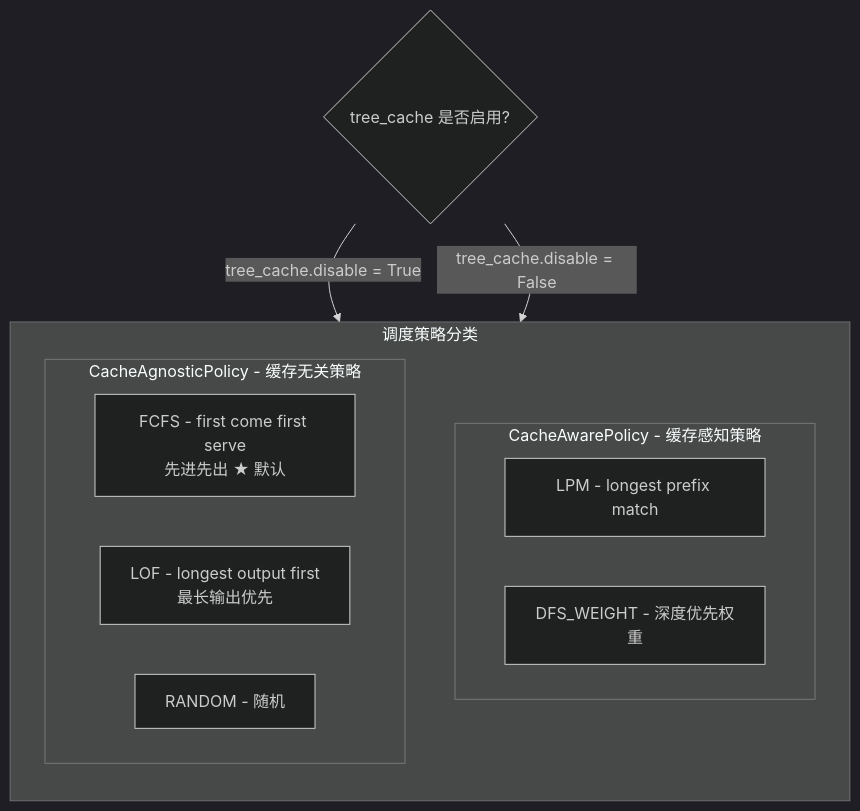
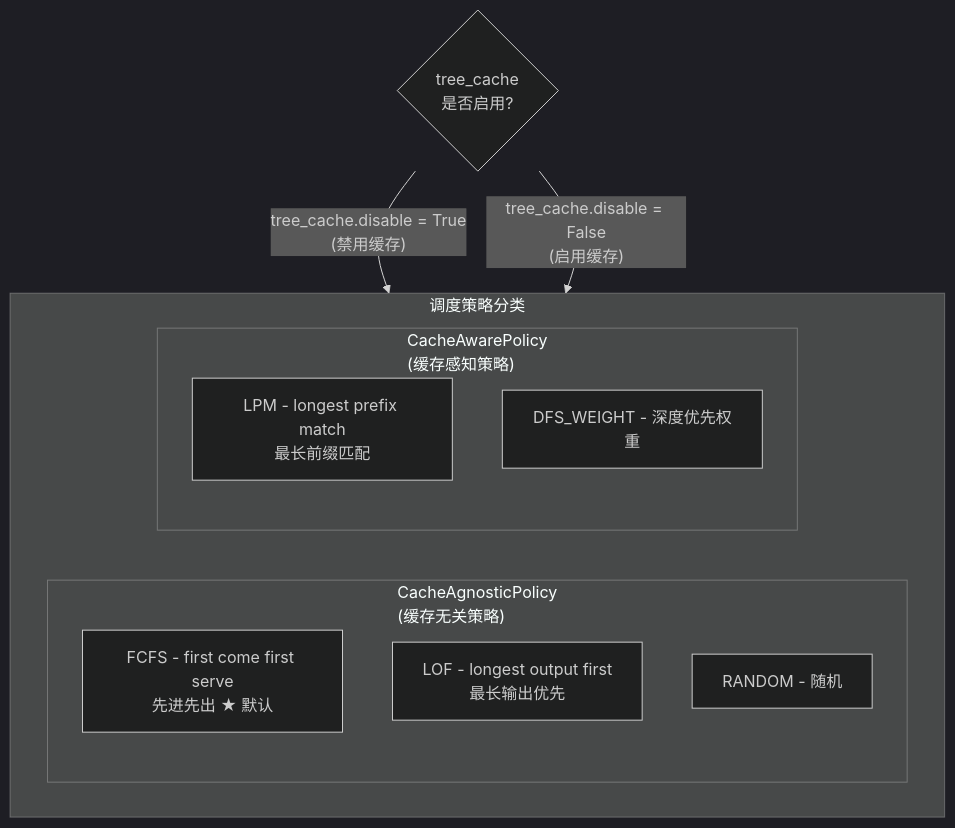
The first of 7 diagrams in content/SGLang/04_schedule_policy.md (wesleyck/AIInfraNotes), drawn with Mermaid (dark theme) before and after one commit. The commit also changed other lines of this file and 7 other files, not shown here.

````diff
--- a/content/SGLang/04_schedule_policy.md
+++ b/content/SGLang/04_schedule_policy.md
@@ -15,19 +15,26 @@
 ```mermaid
 flowchart TB
+    %% 决策点文字换行，避免菱形太宽
+    Decision{"tree_cache<br/>是否启用?"}
+
     subgraph Main["调度策略分类"]
-        direction TB
-        subgraph CAP["CacheAwarePolicy - 缓存感知策略"]
-            LPM["LPM - longest prefix match"]
-            DFS["DFS_WEIGHT - 深度优先权重"]
-        end
-        subgraph CGP["CacheAgnosticPolicy - 缓存无关策略"]
+        direction LR  %% 让两个子图左右排列，或者改为 TB 上下排列以防重叠
+        
+        subgraph CGP["CacheAgnosticPolicy<br/>(缓存无关策略)"]
+            direction TB
             FCFS["FCFS - first come first serve<br/>先进先出 ★ 默认"]
             LOF["LOF - longest output first<br/>最长输出优先"]
             RANDOM["RANDOM - 随机"]
         end
+
+        subgraph CAP["CacheAwarePolicy<br/>(缓存感知策略)"]
+            direction TB
+            LPM["LPM - longest prefix match<br/>最长前缀匹配"]
+            DFS["DFS_WEIGHT - 深度优先权重"]
+        end
     end
 
-    Decision{"tree_cache 是否启用?"}
-    Decision -->|"tree_cache.disable = True"| CGP
-    Decision -->|"tree_cache.disable = False"| CAP
+    %% 连线上的文字如果太长，也建议换行
+    Decision -->|"tree_cache.disable = True<br/>(禁用缓存)"| CGP
+    Decision -->|"tree_cache.disable = False<br/>(启用缓存)"| CAP
 ```
````
